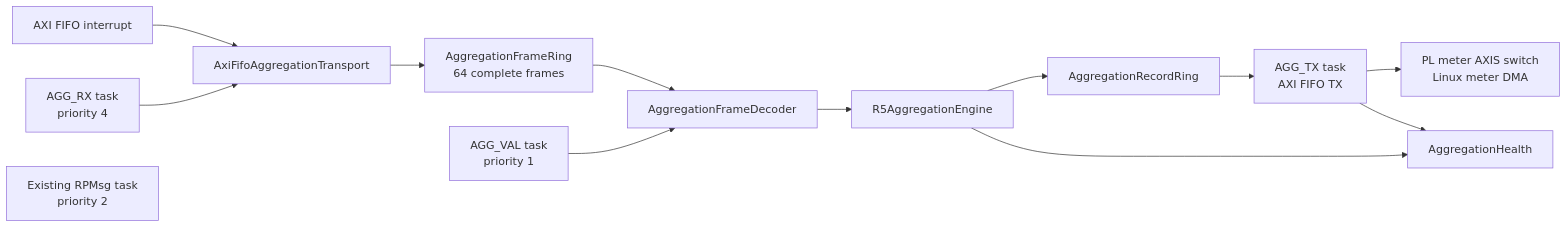
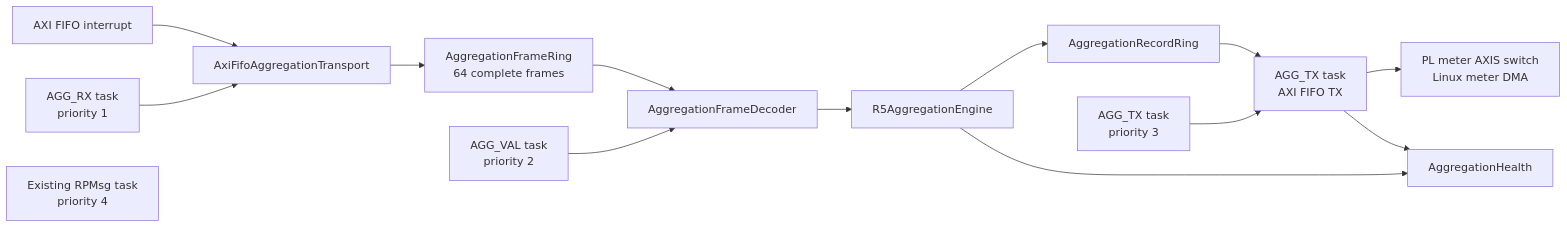
One commit to Monutchee/MSAP1_RPU changed the diagram in R5c1/src/MainApp/aggregation/README.md. Above: the diagram before and after it, drawn with Mermaid. The commit also changed other lines of this file and 6 other files, not shown here.

Commit message:
fix starved output task problem

````diff
--- a/R5c1/src/MainApp/aggregation/README.md
+++ b/R5c1/src/MainApp/aggregation/README.md
@@ -15,16 +15,17 @@
 ```mermaid
 flowchart LR
     IRQ["AXI FIFO interrupt"] --> RX["AxiFifoAggregationTransport"]
     RX --> RING["AggregationFrameRing\n64 complete frames"]
     RING --> DEC["AggregationFrameDecoder"]
     DEC --> ENG["R5AggregationEngine"]
     ENG --> OUT["AggregationRecordRing"]
     OUT --> TX["AGG_TX task\nAXI FIFO TX"]
     TX --> PL["PL meter AXIS switch\nLinux meter DMA"]
     ENG --> HEALTH["AggregationHealth"]
     TX --> HEALTH
 
-    INPUT["AGG_RX task\npriority 4"] --> RX
-    VALIDATOR["AGG_VAL task\npriority 1"] --> DEC
-    RPMSG["Existing RPMsg task\npriority 2"]
+    INPUT["AGG_RX task\npriority 1"] --> RX
+    VALIDATOR["AGG_VAL task\npriority 2"] --> DEC
+    OUTPUT["AGG_TX task\npriority 3"] --> TX
+    RPMSG["Existing RPMsg task\npriority 4"]
 ```
````
